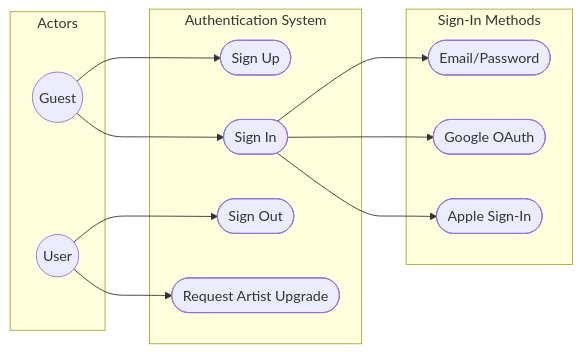
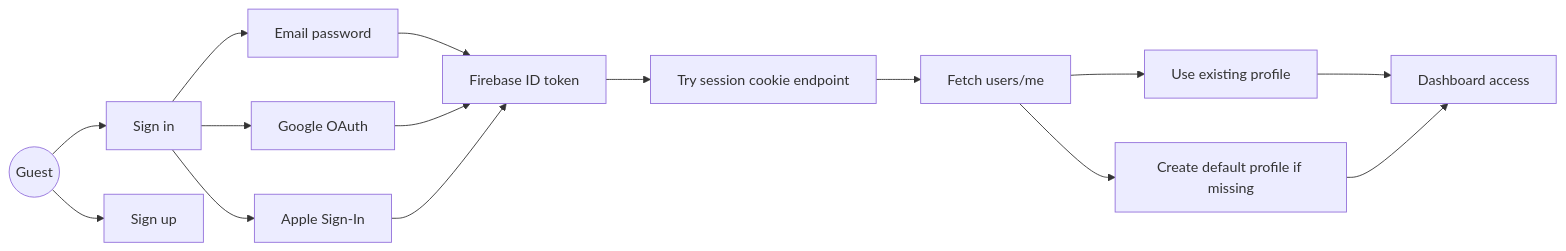
Before and after one commit to Tmaku18/RADIOapp: the first of 13 diagrams in docs/UML/uml-diagrams.md, drawn with Mermaid. The commit also changed other lines of this file and 3 other files, not shown here.

First line of the commit message:
Docs: refresh README and UML to current platform state.

````diff
--- a/docs/UML/uml-diagrams.md
+++ b/docs/UML/uml-diagrams.md
@@ -26,28 +18,17 @@
 ```mermaid
 flowchart LR
-    subgraph actors [Actors]
-        Guest((Guest))
-        User((User))
-    end
-
-    subgraph auth_system [Authentication System]
-        SignUp([Sign Up])
-        SignIn([Sign In])
-        SignOut([Sign Out])
-        RequestArtistUpgrade([Request Artist Upgrade])
-    end
-
-    subgraph auth_methods [Sign-In Methods]
-        SignInEmail([Email/Password])
-        SignInGoogle([Google OAuth])
-        SignInApple([Apple Sign-In])
-    end
-
-    Guest --> SignUp
-    Guest --> SignIn
-    SignIn --> SignInEmail
-    SignIn --> SignInGoogle
-    SignIn --> SignInApple
-    User --> SignOut
-    User --> RequestArtistUpgrade
+  Guest((Guest)) --> Login[Sign in]
+  Guest --> Signup[Sign up]
+  Login --> EmailAuth[Email password]
+  Login --> GoogleAuth[Google OAuth]
+  Login --> AppleAuth[Apple Sign-In]
+  EmailAuth --> FirebaseIdToken[Firebase ID token]
+  GoogleAuth --> FirebaseIdToken
+  AppleAuth --> FirebaseIdToken
+  FirebaseIdToken --> SessionCookieTry[Try session cookie endpoint]
+  SessionCookieTry --> ProfileFetch[Fetch users/me]
+  ProfileFetch --> ExistingProfile[Use existing profile]
+  ProfileFetch --> CreateProfile[Create default profile if missing]
+  ExistingProfile --> AppAccess[Dashboard access]
+  CreateProfile --> AppAccess
 ```
````
